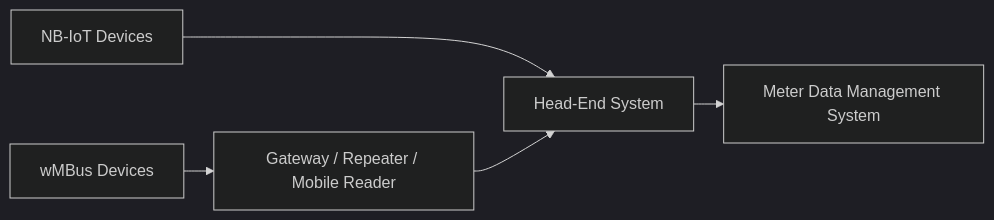
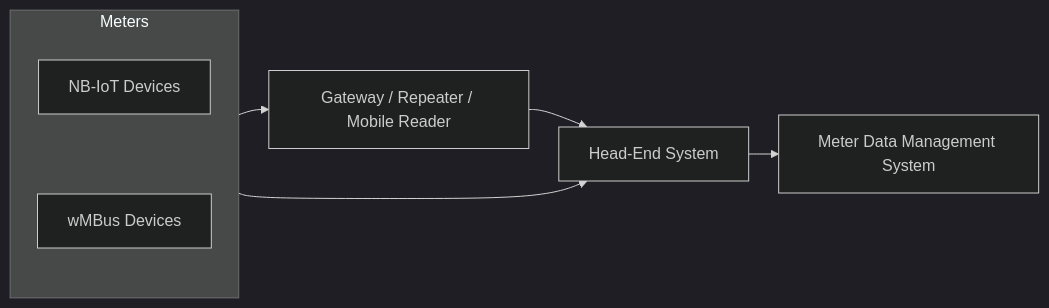
One commit to desmundyeng/doc changed the diagram in Writerside/topics/MDMS-Introduction.md. Above: the diagram before and after it, drawn with Mermaid (dark theme). The commit also changed other lines of this file, not shown here.

Commit message:
MDMS - Introduction.md - System-Architecture.md - Features/Authentication.md

````diff
--- a/Writerside/topics/MDMS-Introduction.md
+++ b/Writerside/topics/MDMS-Introduction.md
@@ -7,10 +6,13 @@
 ```mermaid
 flowchart LR
 %%{init:{'flowchart':{'nodeSpacing': 80, 'rankSpacing': 30}}}%%
-    A[NB-IoT Devices]
-    B[wMBus Devices]
+    subgraph Meters
+        direction LR
+        A[NB-IoT Devices]
+        B[wMBus Devices]
+    end
 
     A ---> C[Head-End System]
     B --> D[Gateway / Repeater / Mobile Reader] --> C
     C --> E[Meter Data Management System]
 ```
````
